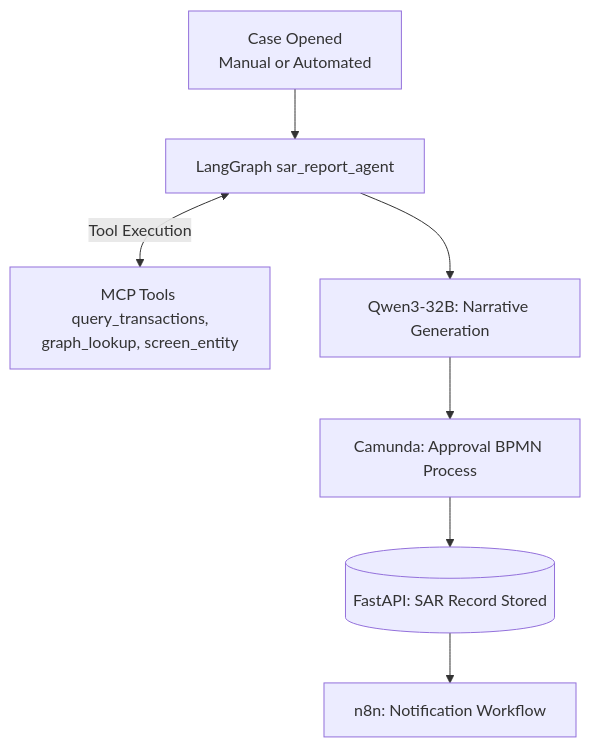
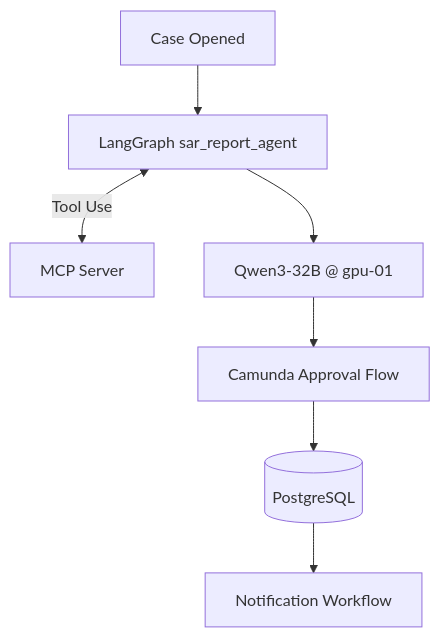
The fifth of 5 diagrams in goAML-V2-PROJECT-OVERVIEW.md (zeshaq/goaml-v2), drawn with Mermaid before and after one commit. The commit also changed other lines of this file and 101 other files, not shown here.

````diff
--- a/goAML-V2-PROJECT-OVERVIEW.md
+++ b/goAML-V2-PROJECT-OVERVIEW.md
@@ -393,9 +410,9 @@
 ```mermaid
 flowchart TD
-    CASE[Case Opened <br> Manual or Automated] --> AGENT[LangGraph sar_report_agent]
-    AGENT <-->|Tool Execution| MCP[MCP Tools <br> query_transactions, graph_lookup, screen_entity]
-    AGENT --> QWEN[Qwen3-32B: Narrative Generation]
-    QWEN --> CAMUNDA[Camunda: Approval BPMN Process]
-    CAMUNDA --> PG[(FastAPI: SAR Record Stored)]
-    PG --> N8N[n8n: Notification Workflow]
+    CASE["Case Opened"] --> AGENT["LangGraph sar_report_agent"]
+    AGENT <-->|Tool Use| MCP["MCP Server"]
+    AGENT --> QWEN["Qwen3-32B @ gpu-01"]
+    QWEN --> CAMUNDA["Camunda Approval Flow"]
+    CAMUNDA --> PG[(PostgreSQL)]
+    PG --> N8N["Notification Workflow"]
 ```
````
